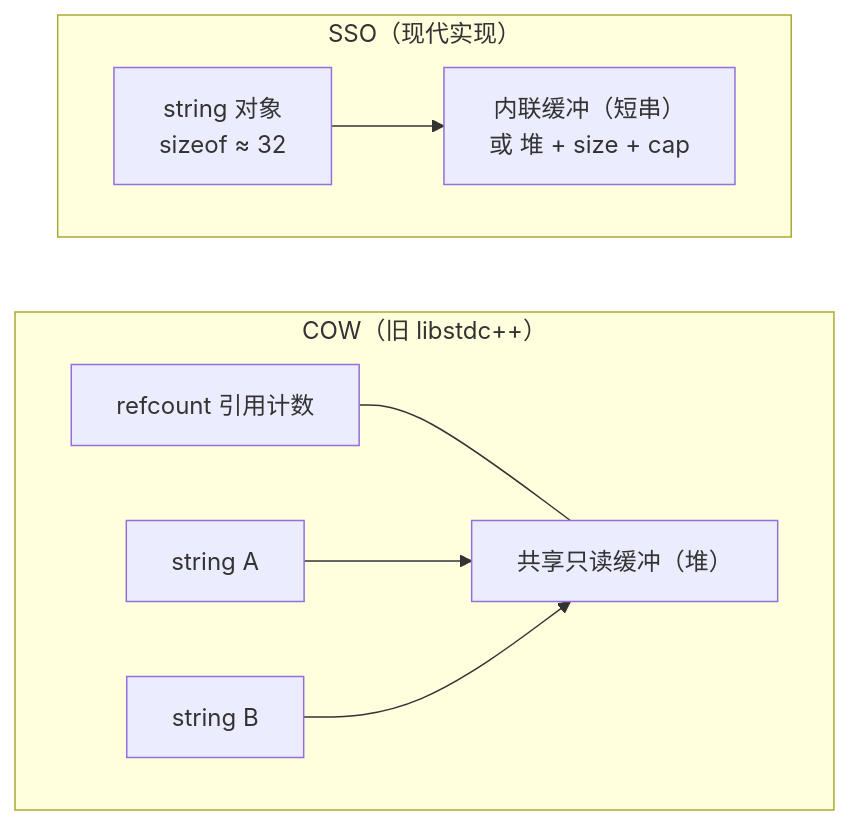
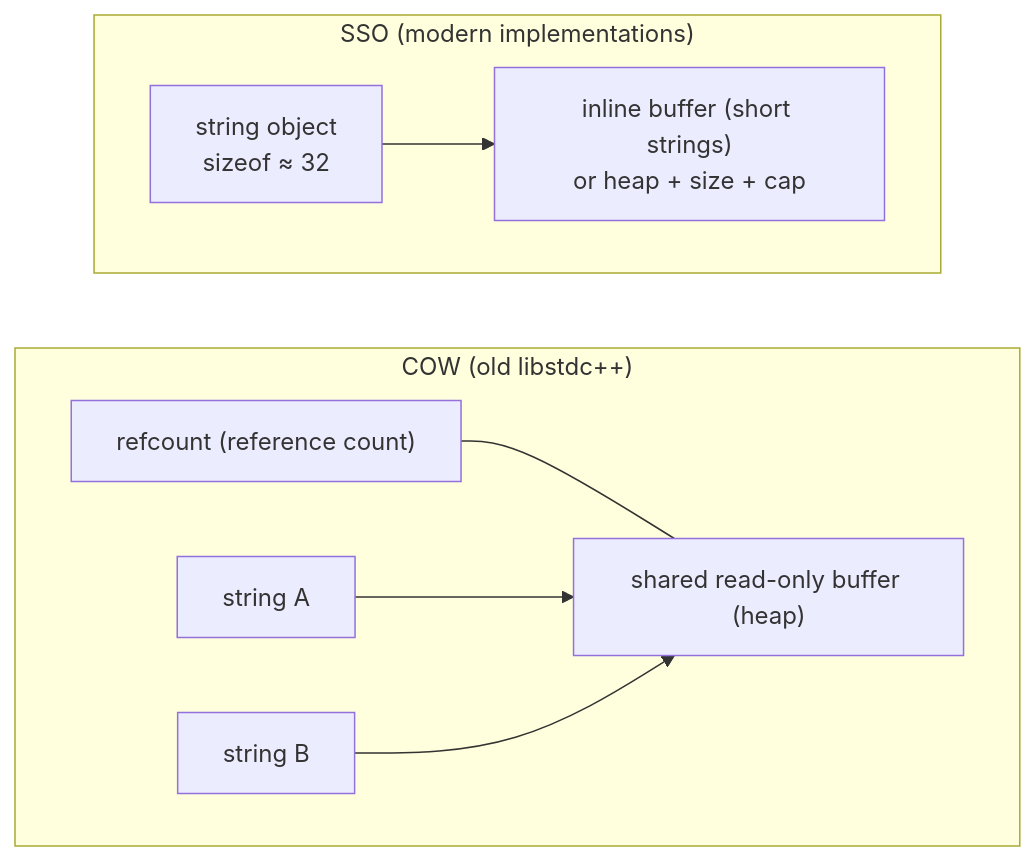
Before and after one commit to Awesome-Embedded-Learning-Studio/Tutorial_AwesomeModernCPP: the first of 2 diagrams in documents/en/vol3-standard-library/containers/04-string-memory-deep-dive.md, drawn with Mermaid. The commit also changed other lines of this file and 605 other files, not shown here.

````diff
--- a/documents/en/vol3-standard-library/containers/04-string-memory-deep-dive.md
+++ b/documents/en/vol3-standard-library/containers/04-string-memory-deep-dive.md
@@ -42,13 +42,13 @@
 ```mermaid
 flowchart LR
-    subgraph COW["COW（旧 libstdc++）"]
+    subgraph COW["COW (old libstdc++)"]
         direction LR
-        RC["refcount 引用计数"] --- BUF["共享只读缓冲（堆）"]
+        RC["refcount (reference count)"] --- BUF["shared read-only buffer (heap)"]
         SA["string A"] --> BUF
         SB["string B"] --> BUF
     end
-    subgraph SSO["SSO（现代实现）"]
+    subgraph SSO["SSO (modern implementations)"]
         direction LR
-        OBJ["string 对象<br/>sizeof ≈ 32"] --> STORE["内联缓冲（短串）<br/>或 堆 + size + cap"]
+        OBJ["string object<br/>sizeof ≈ 32"] --> STORE["inline buffer (short strings)<br/>or heap + size + cap"]
     end
 ```
````
